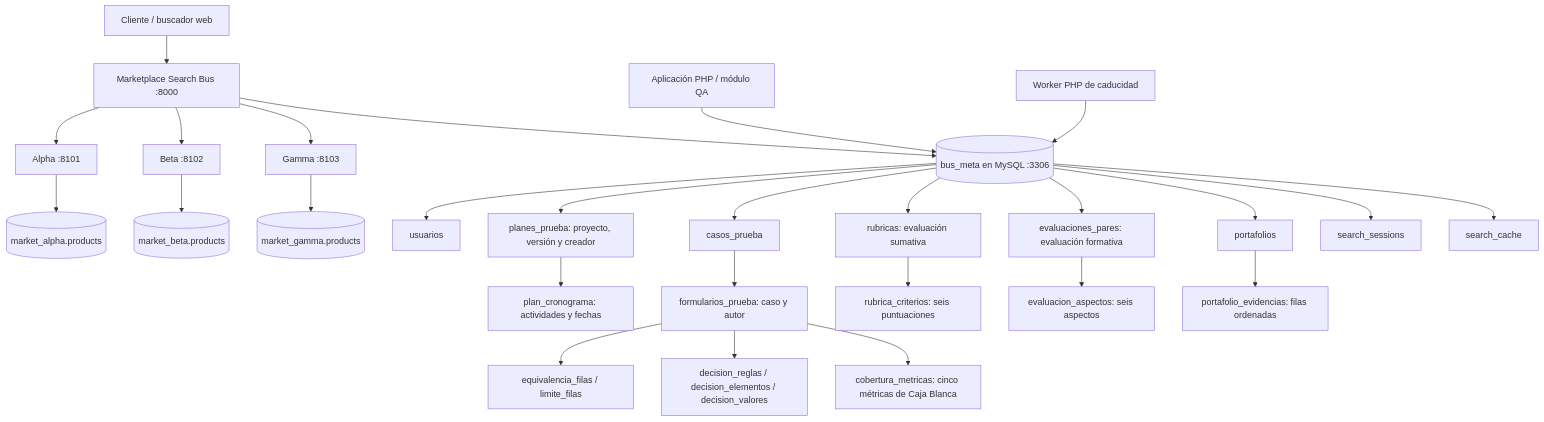
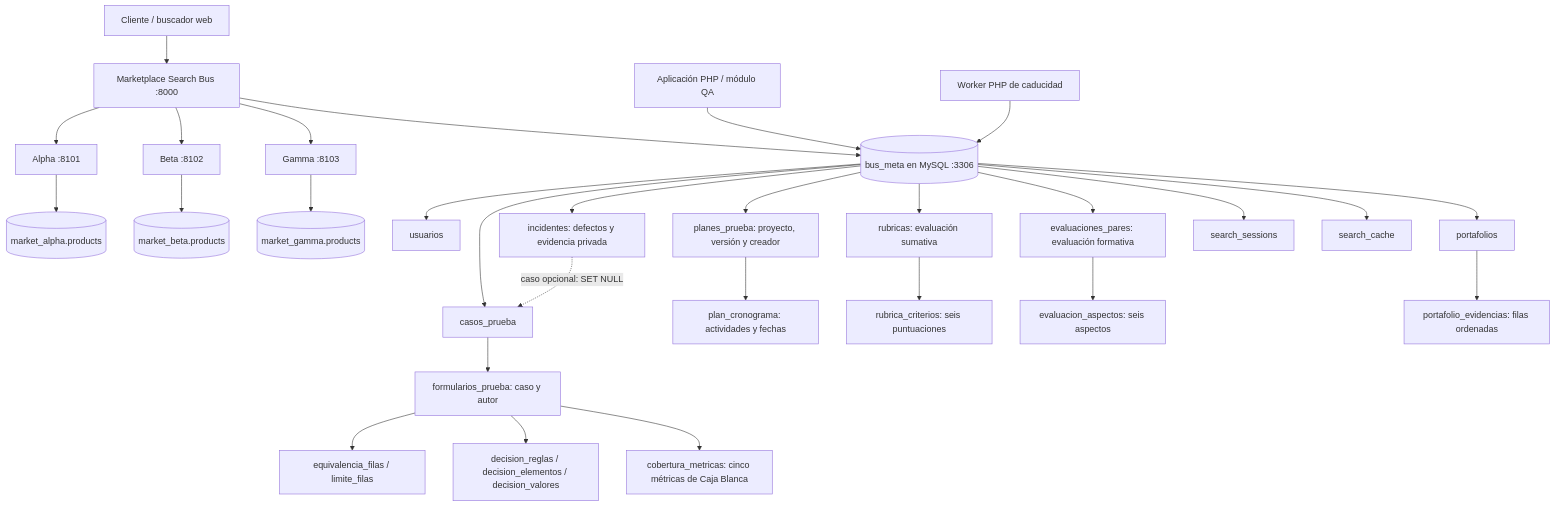
One commit to jrod-md/ISA3-P changed the diagram in docs/architecture.md. Above: the diagram before and after it, drawn with Mermaid. The commit also changed other lines of this file and 34 other files, not shown here.

````diff
--- a/docs/architecture.md
+++ b/docs/architecture.md
@@ -3,29 +3,31 @@
 ```mermaid
 flowchart TD
     Cliente[Cliente / buscador web] --> Bus[Marketplace Search Bus :8000]
     Bus --> Alpha[Alpha :8101]
     Bus --> Beta[Beta :8102]
     Bus --> Gamma[Gamma :8103]
     Alpha --> MA[(market_alpha.products)]
     Beta --> MB[(market_beta.products)]
     Gamma --> MG[(market_gamma.products)]
     Bus --> Meta[(bus_meta en MySQL :3306)]
     QA[Aplicación PHP / módulo QA] --> Meta
     Meta --> U[usuarios]
     Meta --> C[casos_prueba]
     Meta --> P[planes_prueba: proyecto, versión y creador]
     P --> PC[plan_cronograma: actividades y fechas]
     C --> F[formularios_prueba: caso y autor]
     F --> E[equivalencia_filas / limite_filas]
     F --> D[decision_reglas / decision_elementos / decision_valores]
     F --> CB[cobertura_metricas: cinco métricas de Caja Blanca]
     Meta --> R[rubricas: evaluación sumativa]
     R --> RC[rubrica_criterios: seis puntuaciones]
     Meta --> EP[evaluaciones_pares: evaluación formativa]
     EP --> EA[evaluacion_aspectos: seis aspectos]
     Meta --> PF[portafolios]
     PF --> PE[portafolio_evidencias: filas ordenadas]
+    Meta --> I[incidentes: defectos y evidencia privada]
+    I -. caso opcional: SET NULL .-> C
     Meta --> S[search_sessions]
     Meta --> K[search_cache]
     Worker[Worker PHP de caducidad] --> Meta
 ```
````
